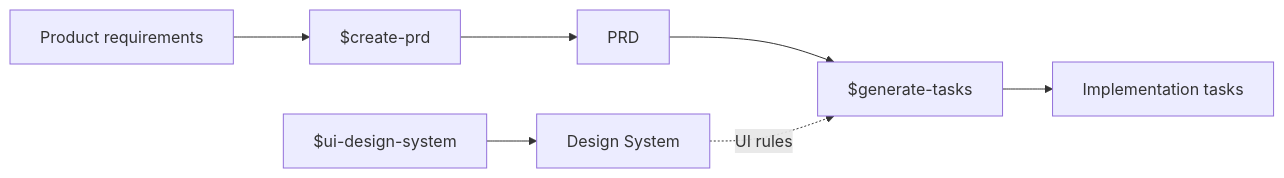
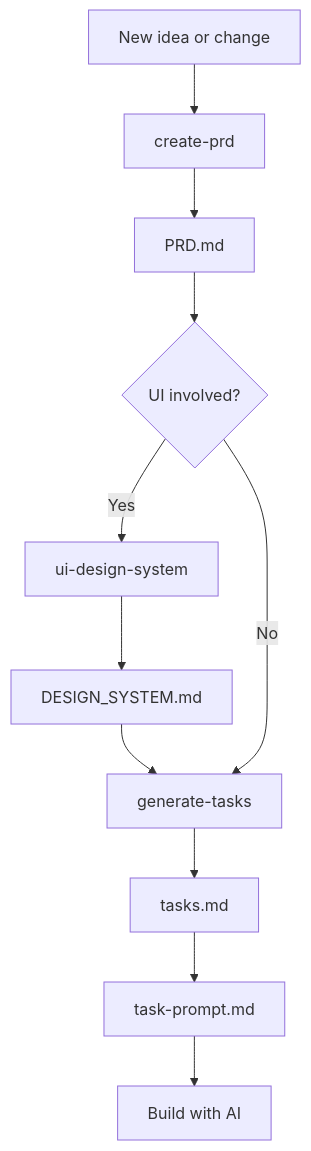
Before and after one commit to kat-builds/ai-product-workflow: the diagram in README.md, drawn with Mermaid. The commit also changed other lines of this file, not shown here.

````diff
--- a/README.md
+++ b/README.md
@@ -28,10 +67,17 @@
 ```mermaid
-flowchart LR
-    A[Product requirements] --> B[$create-prd]
-    B --> C[PRD]
-    C --> D[$generate-tasks]
-    D --> E[Implementation tasks]
+flowchart TD
+    A[New idea or change] --> B[create-prd]
+    B --> C[PRD.md]
 
-    F[$ui-design-system] --> G[Design System]
-    G -. UI rules .-> D
+    C --> D{UI involved?}
+
+    D -- Yes --> E[ui-design-system]
+    E --> F[DESIGN_SYSTEM.md]
+    F --> G[generate-tasks]
+
+    D -- No --> G
+
+    G --> H[tasks.md]
+    H --> I[task-prompt.md]
+    I --> J[Build with AI]
 ```
````
